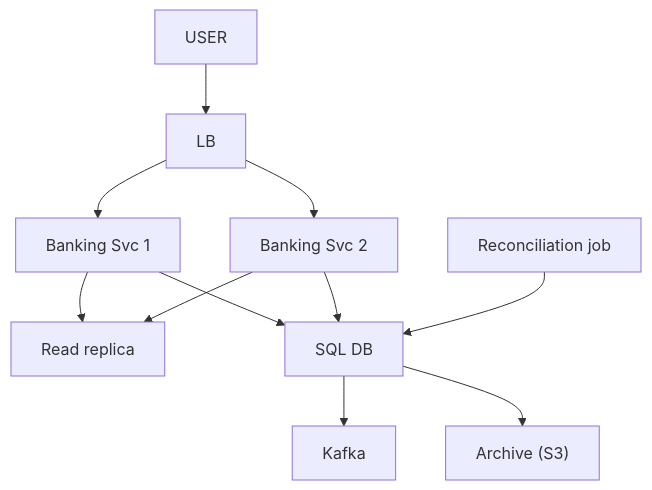
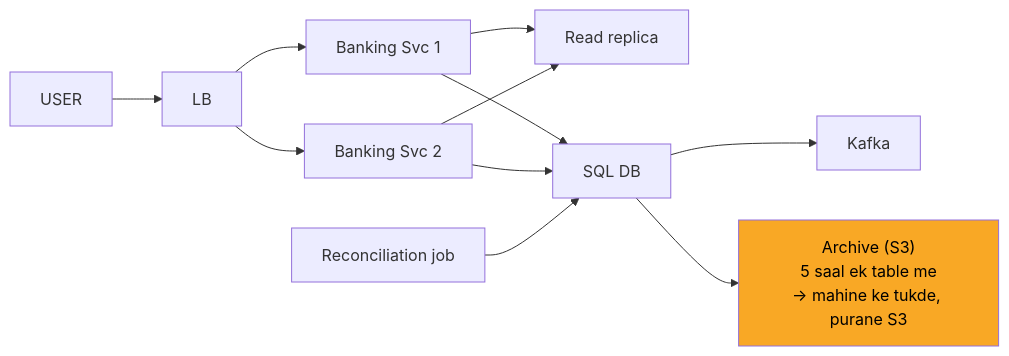
Before and after one commit to ArpanMaheshwari144/Prep: diagram 12 of 13 in 04_HLD/SYSTEM_DESIGNS/13_banking_system/13_banking_system.md, drawn with Mermaid. The commit also changed other lines of this file and 2 other files, not shown here.

Commit message:
docs, kafka, banking: one-day story, short cards, follow-ups with rules, highlighted diagrams

````diff
--- a/04_HLD/SYSTEM_DESIGNS/13_banking_system/13_banking_system.md
+++ b/04_HLD/SYSTEM_DESIGNS/13_banking_system/13_banking_system.md
@@ -454,22 +401,23 @@
 ```mermaid
-flowchart TD
+flowchart LR
     n_USER["USER"]
     n_LB["LB"]
-    n_Banking_Svc_x_N_1["Banking Svc 1"]
-    n_Banking_Svc_x_N_2["Banking Svc 2"]
-    n_Read_replica["Read replica"]
-    n_SQL_DB["SQL DB"]
-    n_Kafka["Kafka"]
-    n_Archive_S3["Archive (S3)"]
-    n_Reconciliation_job["Reconciliation job"]
+    n_S1["Banking Svc 1"]
+    n_S2["Banking Svc 2"]
+    n_RR["Read replica"]
+    n_DB["SQL DB"]
+    n_K["Kafka"]
+    n_S3["Archive (S3)<br/>5 saal ek table me<br/>-> mahine ke tukde, purane S3"]
+    n_REC["Reconciliation job"]
     n_USER --> n_LB
-    n_LB --> n_Banking_Svc_x_N_1
-    n_LB --> n_Banking_Svc_x_N_2
-    n_Banking_Svc_x_N_1 --> n_Read_replica
-    n_Banking_Svc_x_N_2 --> n_Read_replica
-    n_Banking_Svc_x_N_1 --> n_SQL_DB
-    n_Banking_Svc_x_N_2 --> n_SQL_DB
-    n_SQL_DB --> n_Kafka
-    n_Reconciliation_job --> n_SQL_DB
-    n_SQL_DB --> n_Archive_S3
+    n_LB --> n_S1
+    n_LB --> n_S2
+    n_S1 --> n_RR
+    n_S2 --> n_RR
+    n_S1 --> n_DB
+    n_S2 --> n_DB
+    n_DB --> n_K
+    n_REC --> n_DB
+    n_DB --> n_S3
+    style n_S3 fill:#f9a825,color:#000
 ```
````
